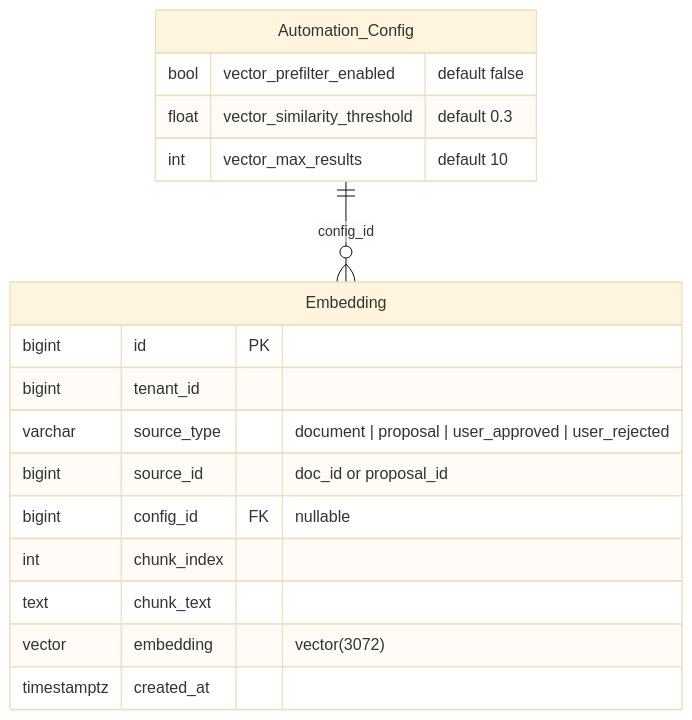
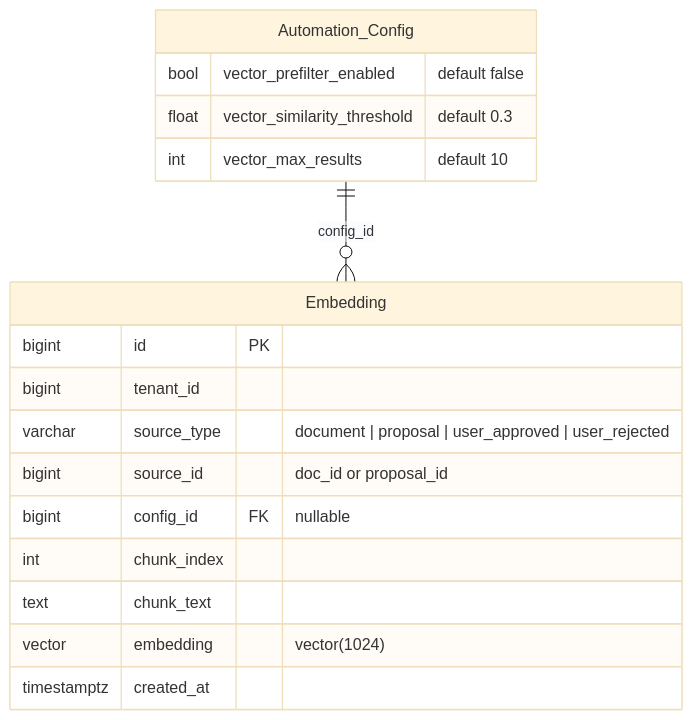
One commit to hubenschmidt/pina-colada changed diagram 11 of 11 in README.md. Above: the diagram before and after it, drawn with Mermaid (base theme). The commit also changed other lines of this file, not shown here.

````diff
--- a/README.md
+++ b/README.md
@@ -430,22 +430,22 @@
 ```mermaid
 erDiagram
     Automation_Config {
         bool vector_prefilter_enabled "default false"
         float vector_similarity_threshold "default 0.3"
         int vector_max_results "default 10"
     }
 
     Embedding {
         bigint id PK
         bigint tenant_id
         varchar source_type "document | proposal | user_approved | user_rejected"
         bigint source_id "doc_id or proposal_id"
         bigint config_id FK "nullable"
         int chunk_index
         text chunk_text
-        vector embedding "vector(3072)"
+        vector embedding "vector(1024)"
         timestamptz created_at
     }
 
     Automation_Config ||--o{ Embedding : "config_id"
 ```
````
